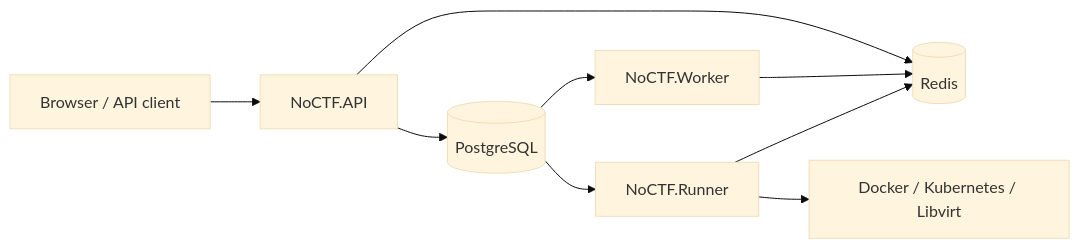
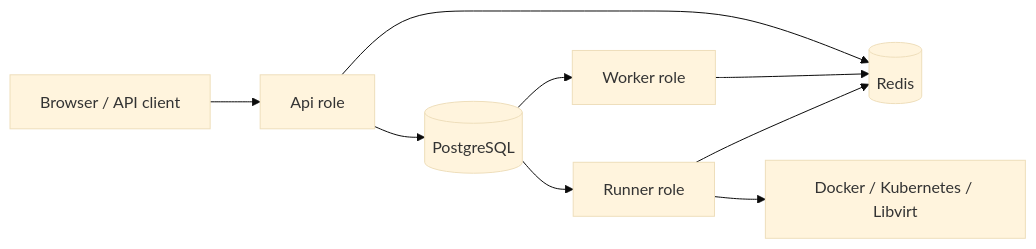
The diagram in README.md (D1no209/NoCTF), drawn with Mermaid (base theme) before and after one commit. The commit also changed other lines of this file and 46 other files, not shown here.

````diff
--- a/README.md
+++ b/README.md
@@ -25,11 +24,11 @@
 ```mermaid
 flowchart LR
-    Browser["Browser / API client"] --> API["NoCTF.API"]
+    Browser["Browser / API client"] --> API["Api role"]
     API --> PostgreSQL[("PostgreSQL")]
     API --> Redis[("Redis")]
-    PostgreSQL --> Worker["NoCTF.Worker"]
-    PostgreSQL --> Runner["NoCTF.Runner"]
+    PostgreSQL --> Worker["Worker role"]
+    PostgreSQL --> Runner["Runner role"]
     Worker --> Redis
     Runner --> Redis
     Runner --> Providers["Docker / Kubernetes / Libvirt"]
 ```
````
